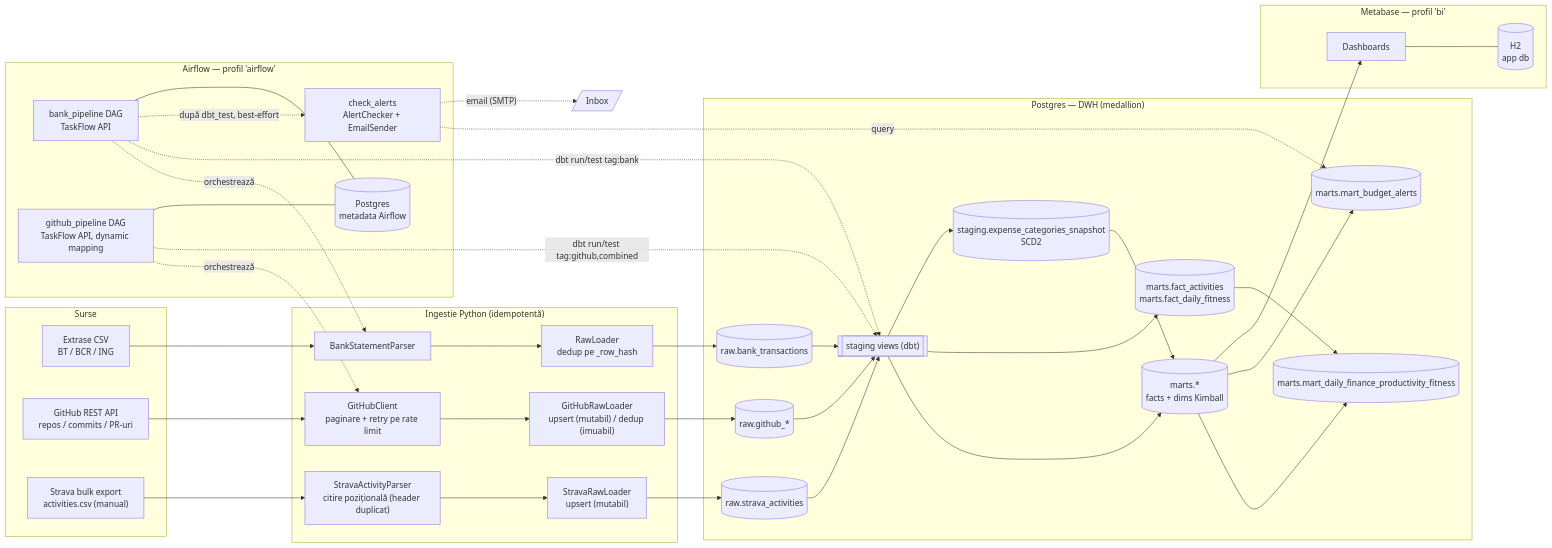
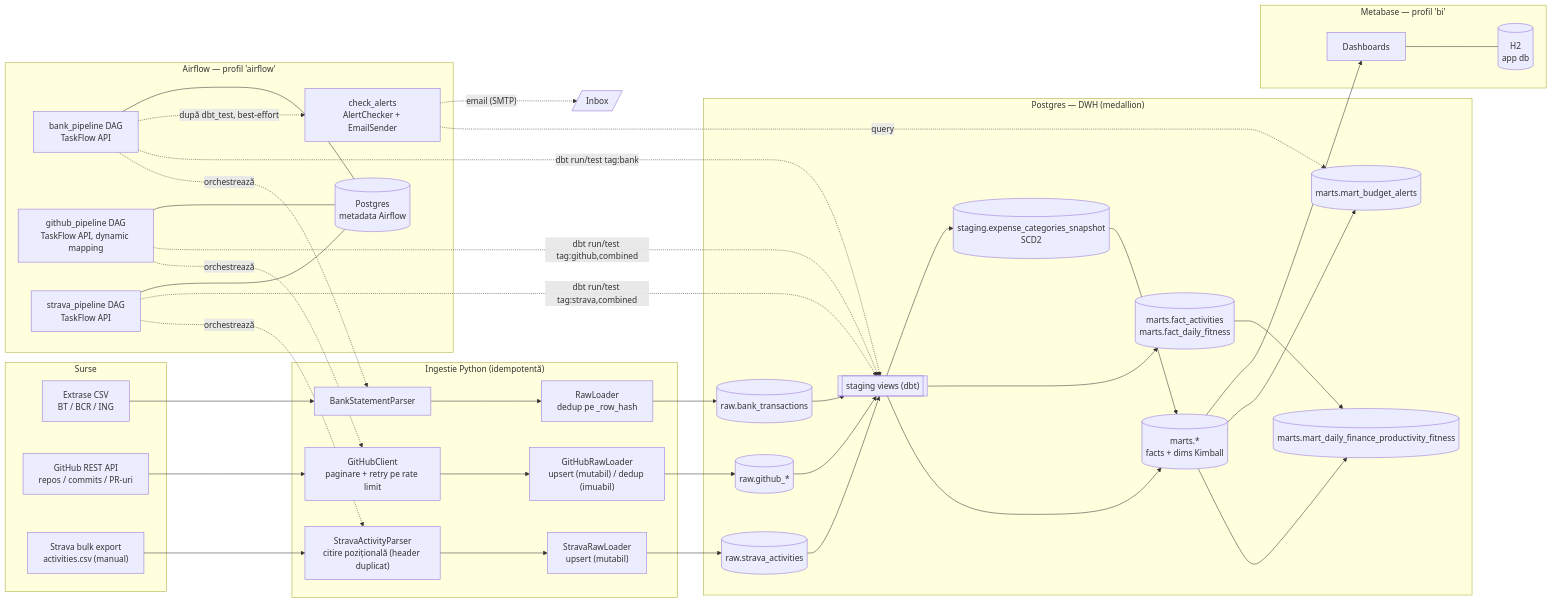
The diagram in README.md (raducugabriel02/dataforge), drawn with Mermaid before and after one commit. The commit also changed other lines of this file and 2 other files, not shown here.

First line of the commit message:
feat(airflow): strava_pipeline DAG, third source pipeline (Faza 6)

````diff
--- a/README.md
+++ b/README.md
@@ -32,63 +32,67 @@
 ```mermaid
 flowchart LR
     subgraph src["Surse"]
         csv["Extrase CSV<br/>BT / BCR / ING"]
         gh["GitHub REST API<br/>repos / commits / PR-uri"]
         strava["Strava bulk export<br/>activities.csv (manual)"]
     end
 
     subgraph ingest["Ingestie Python (idempotentă)"]
         parser["BankStatementParser"]
         loader["RawLoader<br/>dedup pe _row_hash"]
         ghclient["GitHubClient<br/>paginare + retry pe rate limit"]
         ghloader["GitHubRawLoader<br/>upsert (mutabil) / dedup (imuabil)"]
         stravaparser["StravaActivityParser<br/>citire pozițională (header duplicat)"]
         stravaloader["StravaRawLoader<br/>upsert (mutabil)"]
     end
 
     subgraph dwh["Postgres — DWH (medallion)"]
         raw[("raw.bank_transactions")]
         ghraw[("raw.github_*")]
         stravaraw[("raw.strava_activities")]
         staging[["staging views (dbt)"]]
         snapshot[("staging.expense_categories_snapshot<br/>SCD2")]
         marts[("marts.*<br/>facts + dims Kimball")]
         fitnessmart[("marts.fact_activities<br/>marts.fact_daily_fitness")]
         combined[("marts.mart_daily_finance_productivity_fitness")]
         budgetmart[("marts.mart_budget_alerts")]
     end
 
     subgraph orch["Airflow — profil 'airflow'"]
         dag["bank_pipeline DAG<br/>TaskFlow API"]
         ghdag["github_pipeline DAG<br/>TaskFlow API, dynamic mapping"]
+        stravadag["strava_pipeline DAG<br/>TaskFlow API"]
         alertcheck["check_alerts<br/>AlertChecker + EmailSender"]
         afdb[("Postgres<br/>metadata Airflow")]
     end
 
     subgraph bi["Metabase — profil 'bi'"]
         dash["Dashboards"]
         mbdb[("H2<br/>app db")]
     end
 
     csv --> parser --> loader --> raw
     gh --> ghclient --> ghloader --> ghraw
     strava --> stravaparser --> stravaloader --> stravaraw
     raw --> staging --> marts
     ghraw --> staging
     stravaraw --> staging --> fitnessmart
     staging --> snapshot --> marts
     marts --> combined
     fitnessmart --> combined
     marts --> budgetmart
     marts --> dash
     dag -. orchestrează .-> parser
     dag -. "dbt run/test tag:bank" .-> staging
     dag -. "după dbt_test, best-effort" .-> alertcheck
     alertcheck -. query .-> budgetmart
     alertcheck -. "email (SMTP)" .-> email[/"Inbox"/]
     ghdag -. orchestrează .-> ghclient
     ghdag -. "dbt run/test tag:github,combined" .-> staging
+    stravadag -. orchestrează .-> stravaparser
+    stravadag -. "dbt run/test tag:strava,combined" .-> staging
     dag --- afdb
     ghdag --- afdb
+    stravadag --- afdb
     dash --- mbdb
 ```
````
